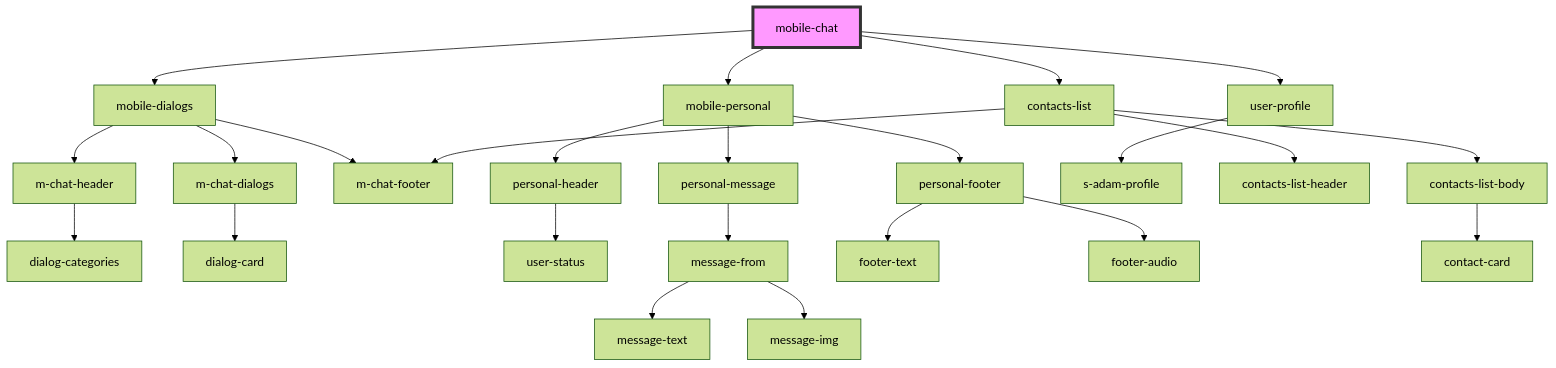
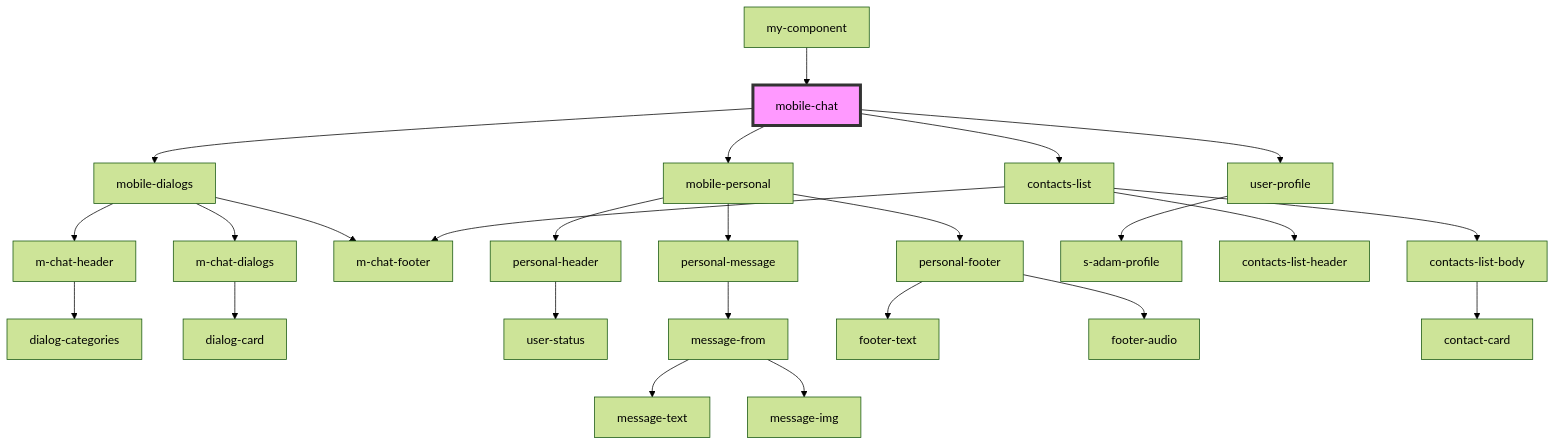
The diagram in src/components/mobile/mobile-chat/readme.md (saqhan/stencil-chat), drawn with Mermaid (forest theme) before and after one commit. The commit also changed other lines of this file and 6 other files, not shown here.

````diff
--- a/src/components/mobile/mobile-chat/readme.md
+++ b/src/components/mobile/mobile-chat/readme.md
@@ -18,27 +22,28 @@
 ```mermaid
 graph TD;
   mobile-chat --> mobile-dialogs
   mobile-chat --> mobile-personal
   mobile-chat --> user-profile
   mobile-chat --> contacts-list
   mobile-dialogs --> m-chat-header
   mobile-dialogs --> m-chat-dialogs
   mobile-dialogs --> m-chat-footer
   m-chat-header --> dialog-categories
   m-chat-dialogs --> dialog-card
   mobile-personal --> personal-header
   mobile-personal --> personal-message
   mobile-personal --> personal-footer
   personal-header --> user-status
   personal-message --> message-from
   message-from --> message-text
   message-from --> message-img
   personal-footer --> footer-text
   personal-footer --> footer-audio
   user-profile --> s-adam-profile
   contacts-list --> contacts-list-header
   contacts-list --> contacts-list-body
   contacts-list --> m-chat-footer
   contacts-list-body --> contact-card
+  my-component --> mobile-chat
   style mobile-chat fill:#f9f,stroke:#333,stroke-width:4px
 ```
````
